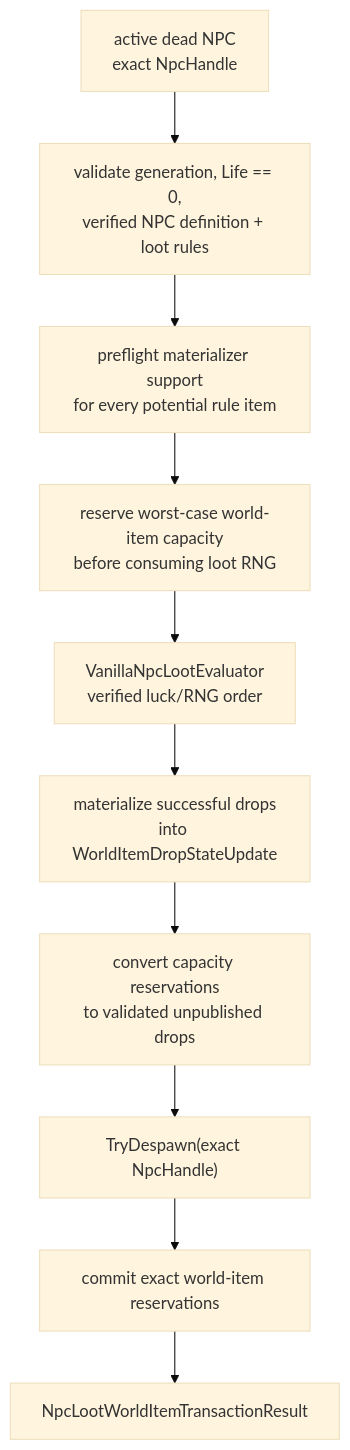
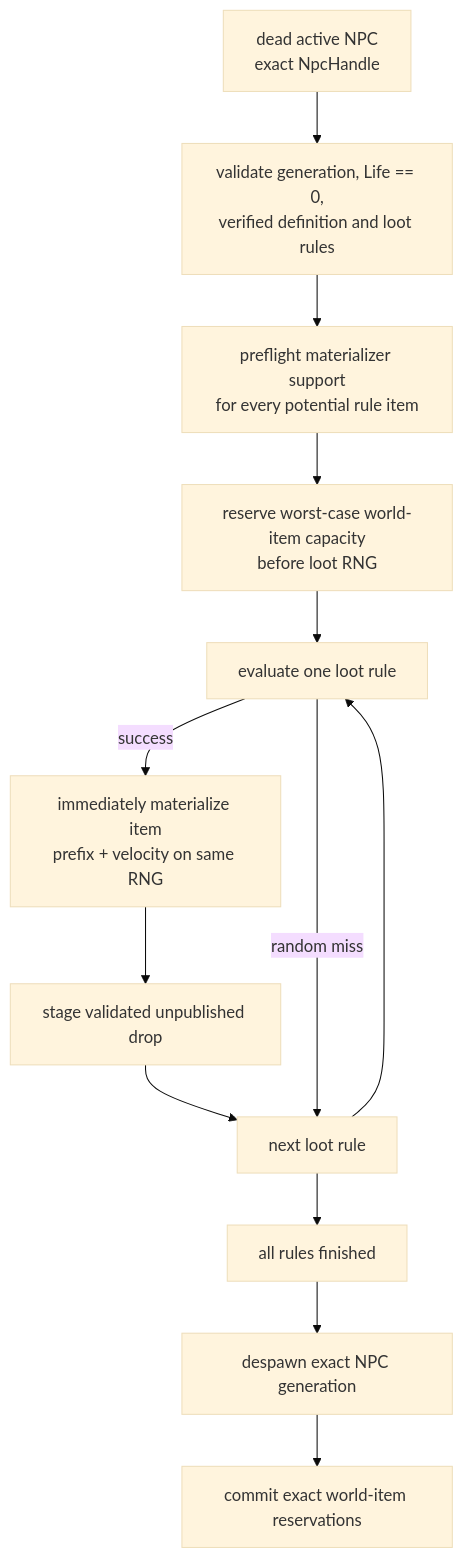
Before and after one commit to VegaKernel/TerraRuntime: the diagram in docs/en/npc-death-loot-finalization.md, drawn with Mermaid (base theme). The commit also changed other lines of this file and 13 other files, not shown here.

First line of the commit message:
Gameplay: materialize Blue Slime loot with vanilla RNG ordering

````diff
--- a/docs/en/npc-death-loot-finalization.md
+++ b/docs/en/npc-death-loot-finalization.md
@@ -12,12 +7,15 @@
 ```mermaid
 flowchart TD
-    Dead["active dead NPC\nexact NpcHandle"] --> Validate["validate generation, Life == 0,\nverified NPC definition + loot rules"]
+    Dead["dead active NPC\nexact NpcHandle"] --> Validate["validate generation, Life == 0,\nverified definition and loot rules"]
     Validate --> Support["preflight materializer support\nfor every potential rule item"]
-    Support --> Capacity["reserve worst-case world-item capacity\nbefore consuming loot RNG"]
-    Capacity --> Loot["VanillaNpcLootEvaluator\nverified luck/RNG order"]
-    Loot --> Materialize["materialize successful drops\ninto WorldItemDropStateUpdate"]
-    Materialize --> Stage["convert capacity reservations\nto validated unpublished drops"]
-    Stage --> Despawn["TryDespawn(exact NpcHandle)"]
+    Support --> Capacity["reserve worst-case world-item capacity\nbefore loot RNG"]
+    Capacity --> Rule["evaluate one loot rule"]
+    Rule -->|success| Materialize["immediately materialize item\nprefix + velocity on same RNG"]
+    Materialize --> Stage["stage validated unpublished drop"]
+    Stage --> Next["next loot rule"]
+    Rule -->|random miss| Next
+    Next --> Rule
+    Next --> Done["all rules finished"]
+    Done --> Despawn["despawn exact NPC generation"]
     Despawn --> Commit["commit exact world-item reservations"]
-    Commit --> Result["NpcLootWorldItemTransactionResult"]
 ```
````
